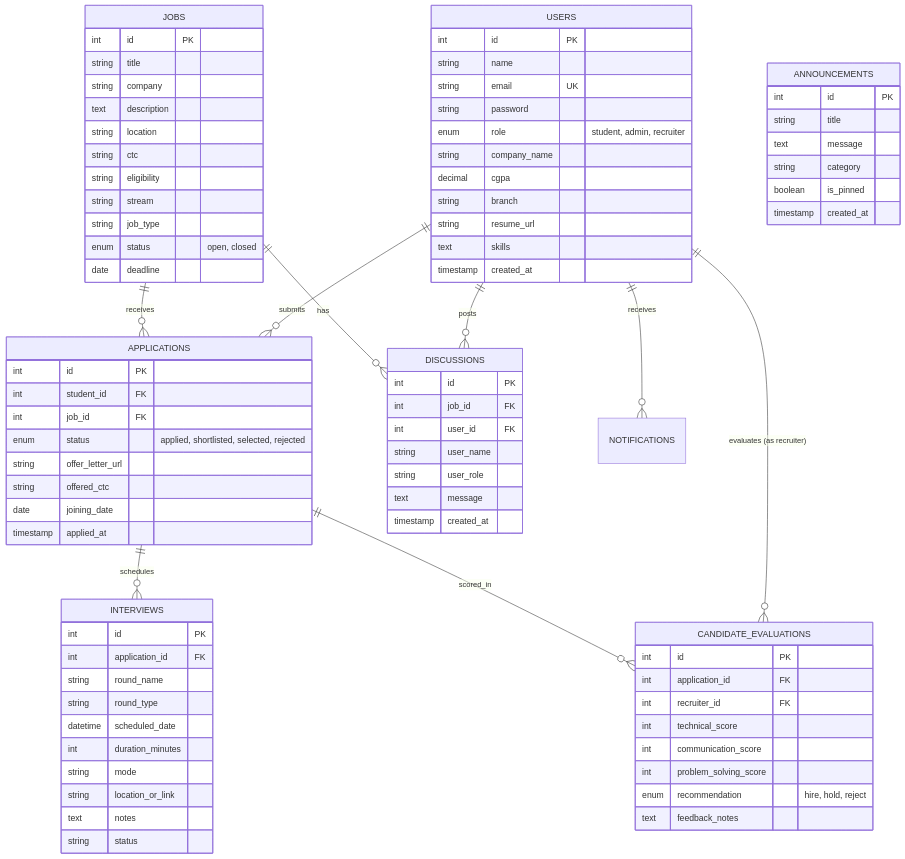
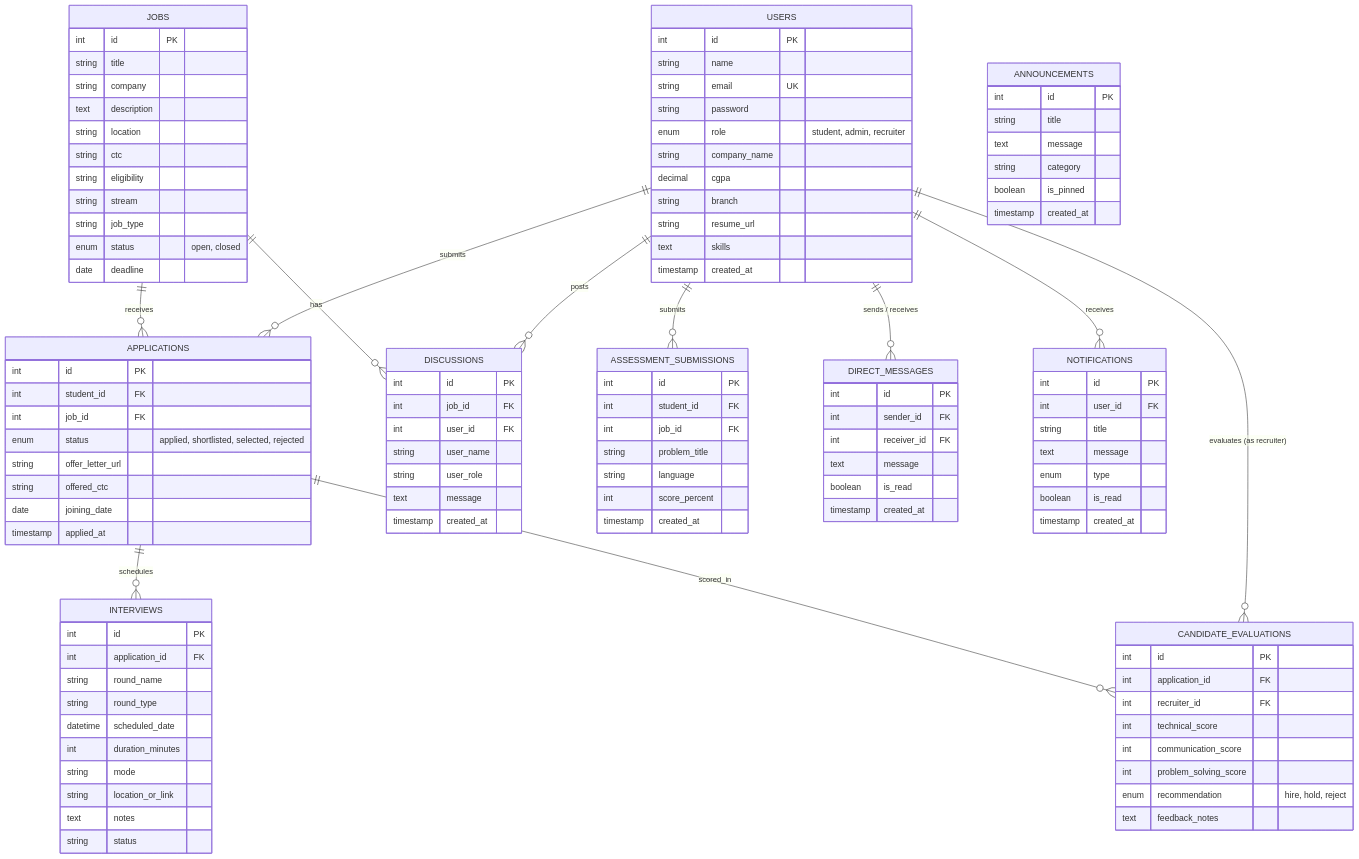
Before and after one commit to kartikeysingh69/CampusConnect: the second of 3 diagrams in docs/ARCHITECTURE_DIAGRAMS.md, drawn with Mermaid. The commit also changed other lines of this file and 38 other files, not shown here.

````diff
--- a/docs/ARCHITECTURE_DIAGRAMS.md
+++ b/docs/ARCHITECTURE_DIAGRAMS.md
@@ -63,6 +77,8 @@
     USERS ||--o{ APPLICATIONS : "submits"
     USERS ||--o{ CANDIDATE_EVALUATIONS : "evaluates (as recruiter)"
     USERS ||--o{ DISCUSSIONS : "posts"
+    USERS ||--o{ ASSESSMENT_SUBMISSIONS : "submits"
+    USERS ||--o{ DIRECT_MESSAGES : "sends / receives"
     JOBS ||--o{ APPLICATIONS : "receives"
     JOBS ||--o{ DISCUSSIONS : "has"
     APPLICATIONS ||--o{ INTERVIEWS : "schedules"
@@ -150,4 +166,33 @@
         boolean is_pinned
         timestamp created_at
     }
+
+    ASSESSMENT_SUBMISSIONS {
+        int id PK
+        int student_id FK
+        int job_id FK
+        string problem_title
+        string language
+        int score_percent
+        timestamp created_at
+    }
+
+    DIRECT_MESSAGES {
+        int id PK
+        int sender_id FK
+        int receiver_id FK
+        text message
+        boolean is_read
+        timestamp created_at
+    }
+
+    NOTIFICATIONS {
+        int id PK
+        int user_id FK
+        string title
+        text message
+        enum type
+        boolean is_read
+        timestamp created_at
+    }
 ```
````
